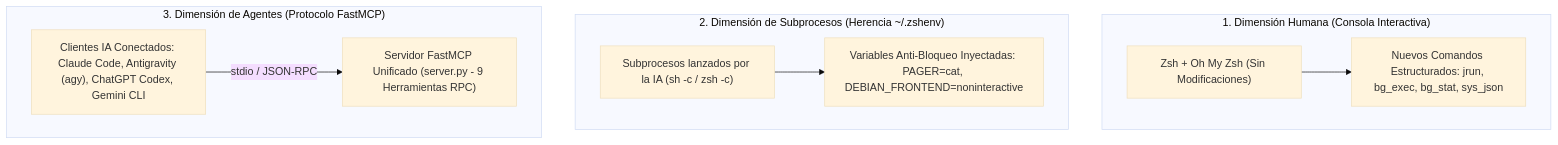
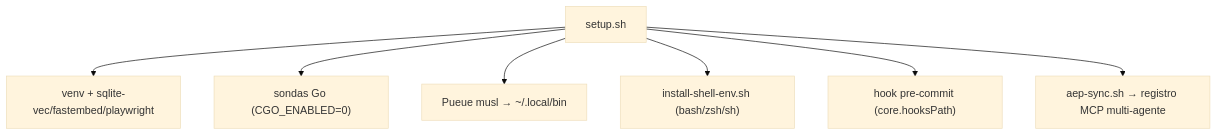
The tenth of 11 diagrams in README.md (ancrz/agent-execution-plane), drawn with Mermaid (base theme) before and after one commit. The commit also changed other lines of this file and 8 other files, not shown here.

````diff
--- a/README.md
+++ b/README.md
@@ -164,20 +320,9 @@
 ```mermaid
 flowchart TD
-    subgraph HumanDimension["1. Dimensión Humana (Consola Interactiva)"]
-        ZshUser["Zsh + Oh My Zsh (Sin Modificaciones)"]
-        Wrappers["Nuevos Comandos Estructurados: jrun, bg_exec, bg_stat, sys_json"]
-        ZshUser --> Wrappers
-    end
-
-    subgraph SubprocessDimension["2. Dimensión de Subprocesos (Herencia ~/.zshenv)"]
-        Subshell["Subprocesos lanzados por la IA (sh -c / zsh -c)"]
-        EnvFlags["Variables Anti-Bloqueo Inyectadas: PAGER=cat, DEBIAN_FRONTEND=noninteractive"]
-        Subshell --> EnvFlags
-    end
-
-    subgraph AgentDimension["3. Dimensión de Agentes (Protocolo FastMCP)"]
-        Clients["Clientes IA Conectados: Claude Code, Antigravity (agy), ChatGPT Codex, Gemini CLI"]
-        ServerMCP["Servidor FastMCP Unificado (server.py - 9 Herramientas RPC)"]
-        Clients -->|stdio / JSON-RPC| ServerMCP
-    end
+    A["setup.sh"] --> B["venv + sqlite-vec/fastembed/playwright"]
+    A --> C["sondas Go (CGO_ENABLED=0)"]
+    A --> D["Pueue musl → ~/.local/bin"]
+    A --> E["install-shell-env.sh (bash/zsh/sh)"]
+    A --> F["hook pre-commit (core.hooksPath)"]
+    A --> G["aep-sync.sh → registro MCP multi-agente"]
 ```
````
